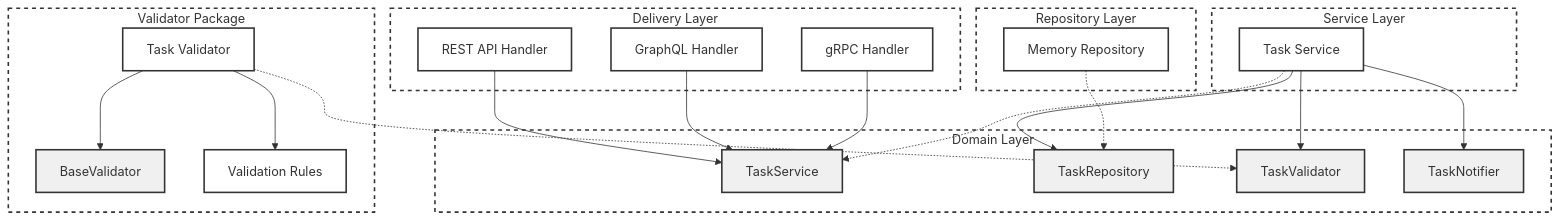
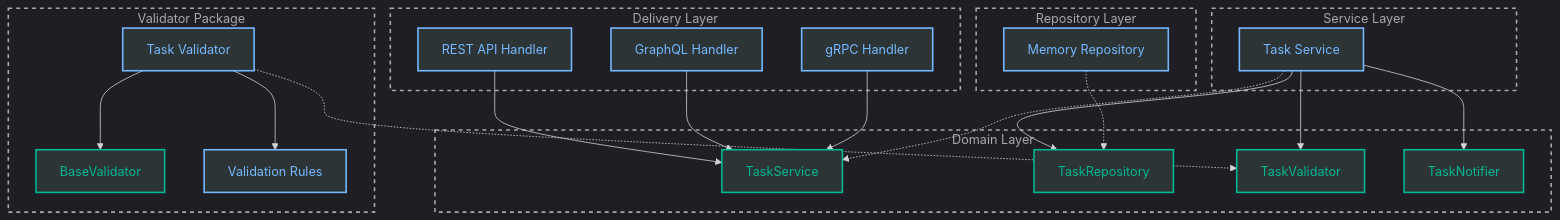
One commit to monemo12/go-task-manager changed the first of 3 diagrams in README.md. Above: the diagram before and after it, drawn with Mermaid. The commit also changed other lines of this file and 1 other file, not shown here.

First line of the commit message:
Enhance README.md with dark mode styling and remove obsolete architecture.puml file

````diff
--- a/README.md
+++ b/README.md
@@ -57,54 +57,55 @@
 ```mermaid
+%%{init: {'theme': 'dark', 'themeVariables': { 'darkMode': true }}}%%
 graph TB
     subgraph Delivery["Delivery Layer"]
         REST["REST API Handler"]
         GraphQL["GraphQL Handler"]
         GRPC["gRPC Handler"]
     end
 
     subgraph Service["Service Layer"]
         TaskService["Task Service"]
     end
 
     subgraph Domain["Domain Layer"]
         ITaskService["TaskService<br/><interface>"]
         ITaskRepo["TaskRepository<br/><interface>"]
         ITaskValidator["TaskValidator<br/><interface>"]
         ITaskNotifier["TaskNotifier<br/><interface>"]
     end
 
     subgraph Repository["Repository Layer"]
         MemRepo["Memory Repository"]
     end
 
     subgraph Validator["Validator Package"]
         TaskValidator["Task Validator"]
         IBaseValidator["BaseValidator<br/><interface>"]
         ValidationRules["Validation Rules"]
     end
 
     %% Dependencies
     REST --> ITaskService
     GraphQL --> ITaskService
     GRPC --> ITaskService
 
     TaskService -.-> ITaskService
     TaskService --> ITaskRepo
     TaskService --> ITaskValidator
     TaskService --> ITaskNotifier
 
     MemRepo -.-> ITaskRepo
 
     TaskValidator -.-> ITaskValidator
     TaskValidator --> IBaseValidator
     TaskValidator --> ValidationRules
 
     %% Styling
-    classDef interface fill:#f0f0f0,stroke:#333,stroke-width:2px
-    classDef component fill:#fff,stroke:#333,stroke-width:2px
-    classDef layer fill:none,stroke:#333,stroke-width:2px,stroke-dasharray: 5 5
+    classDef interface fill:#2d3436,stroke:#00b894,stroke-width:2px,color:#00b894
+    classDef component fill:#2d3436,stroke:#74b9ff,stroke-width:2px,color:#74b9ff
+    classDef layer fill:none,stroke:#a8a8a8,stroke-width:2px,stroke-dasharray:5 5,color:#a8a8a8
 
     class ITaskService,ITaskRepo,ITaskValidator,ITaskNotifier,IBaseValidator interface
     class REST,GraphQL,GRPC,TaskService,MemRepo,TaskValidator,ValidationRules component
     class Delivery,Service,Domain,Repository,Validator layer
 ```
````
